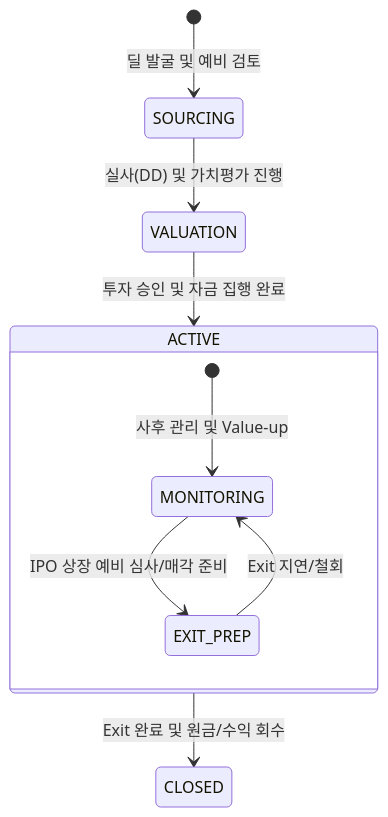
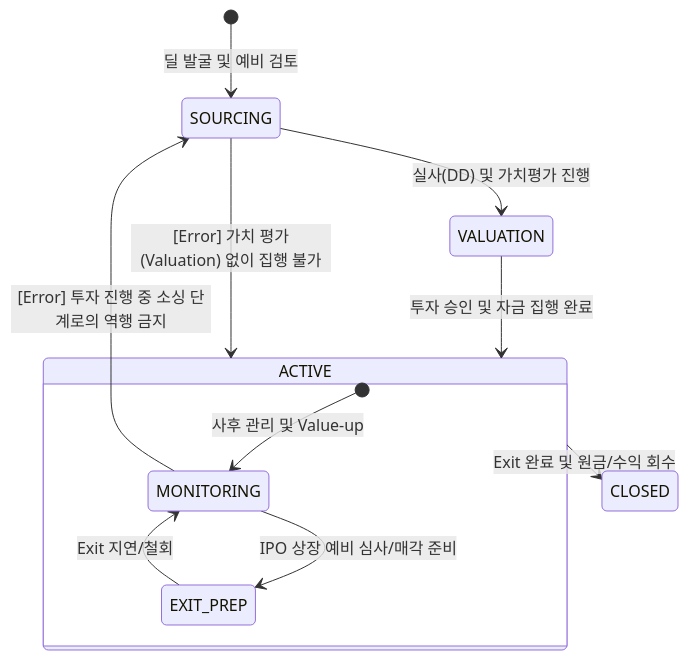
Before and after one commit to kbgkim/ib_wiki: the diagram in src/03_Assets_Verticals/Equity/Unlisted_Deal_Lifecycle.md, drawn with Mermaid. The commit also changed other lines of this file and 10 other files, not shown here.

````diff
--- a/src/03_Assets_Verticals/Equity/Unlisted_Deal_Lifecycle.md
+++ b/src/03_Assets_Verticals/Equity/Unlisted_Deal_Lifecycle.md
@@ -12,14 +12,18 @@
 ```mermaid
 stateDiagram-v2
     [*] --> SOURCING: 딜 발굴 및 예비 검토
     SOURCING --> VALUATION: 실사(DD) 및 가치평가 진행
     VALUATION --> ACTIVE: 투자 승인 및 자금 집행 완료
     
     state ACTIVE {
         [*] --> MONITORING: 사후 관리 및 Value-up
         MONITORING --> EXIT_PREP: IPO 상장 예비 심사/매각 준비
         EXIT_PREP --> MONITORING: Exit 지연/철회
     }
     
     ACTIVE --> CLOSED: Exit 완료 및 원금/수익 회수
+    
+    %% Invalid Transitions (명시적 금지)
+    SOURCING --> ACTIVE: [Error] 가치 평가(Valuation) 없이 집행 불가
+    MONITORING --> SOURCING: [Error] 투자 진행 중 소싱 단계로의 역행 금지
 ```
````
